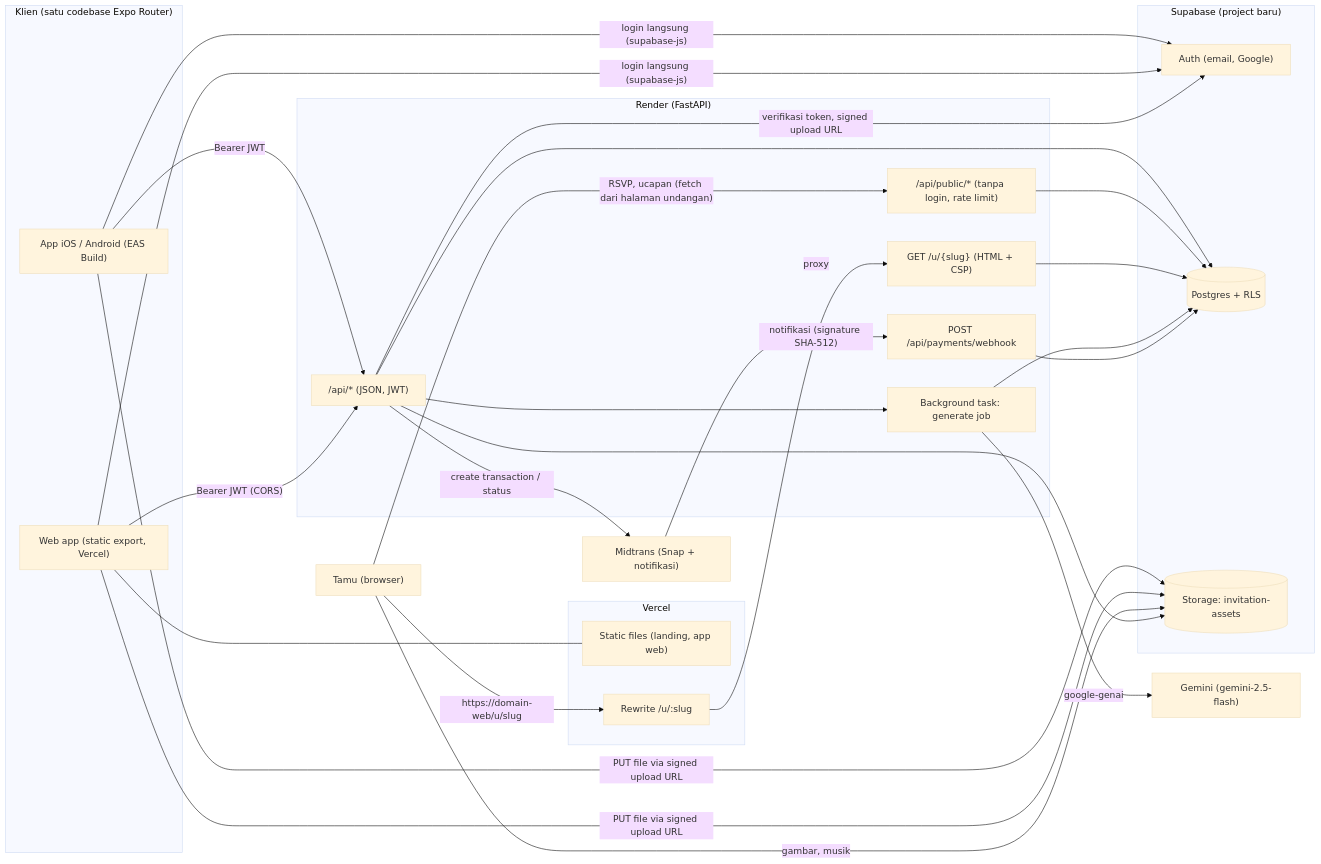
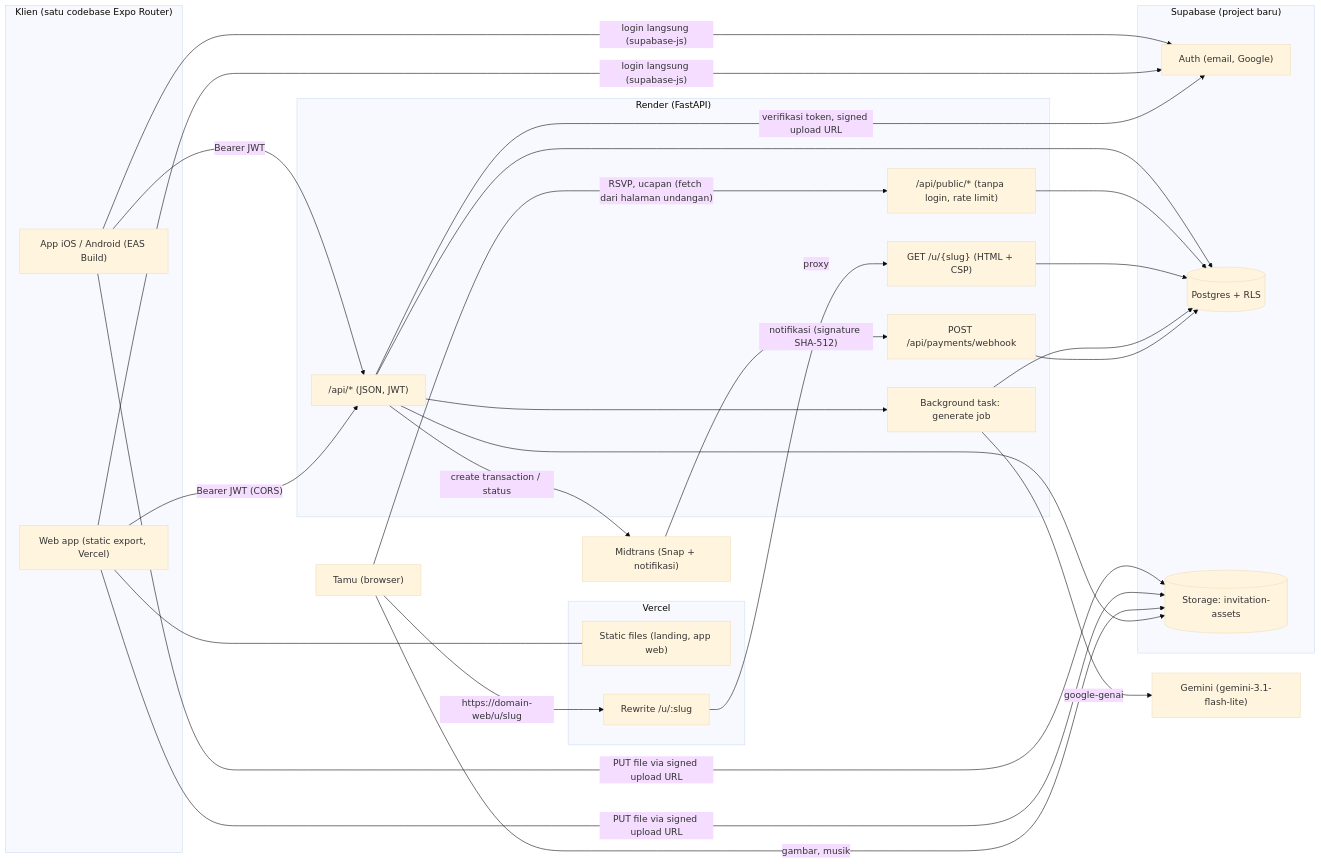
Before and after one commit to adrielwalintukan/cartaAI_MAD: the first of 4 diagrams in docs/04-arsitektur.md, drawn with Mermaid (base theme). The commit also changed other lines of this file and 6 other files, not shown here.

Commit message:
chore: ganti model Gemini default ke gemini-3.1-flash-lite (cadangan gemini-3.5-flash-lite)

````diff
--- a/docs/04-arsitektur.md
+++ b/docs/04-arsitektur.md
@@ -13,55 +13,55 @@
 ```mermaid
 flowchart LR
   subgraph Client["Klien (satu codebase Expo Router)"]
     IOS["App iOS / Android (EAS Build)"]
     WEB["Web app (static export, Vercel)"]
   end
 
   subgraph Vercel["Vercel"]
     STATIC["Static files (landing, app web)"]
     RW["Rewrite /u/:slug"]
   end
 
   subgraph Render["Render (FastAPI)"]
     API["/api/* (JSON, JWT)"]
     PUB["/api/public/* (tanpa login, rate limit)"]
     SERVE["GET /u/{slug} (HTML + CSP)"]
     WH["POST /api/payments/webhook"]
     JOB["Background task: generate job"]
   end
 
   subgraph Supabase["Supabase (project baru)"]
     AUTH["Auth (email, Google)"]
     PG[("Postgres + RLS")]
     STO[("Storage: invitation-assets")]
   end
 
-  GEM["Gemini (gemini-2.5-flash)"]
+  GEM["Gemini (gemini-3.1-flash-lite)"]
   MID["Midtrans (Snap + notifikasi)"]
   GUEST["Tamu (browser)"]
 
   IOS -->|"login langsung (supabase-js)"| AUTH
   WEB -->|"login langsung (supabase-js)"| AUTH
   IOS -->|"Bearer JWT"| API
   WEB -->|"Bearer JWT (CORS)"| API
   IOS -->|"PUT file via signed upload URL"| STO
   WEB -->|"PUT file via signed upload URL"| STO
 
   GUEST -->|"https://domain-web/u/slug"| RW
   RW -->|"proxy"| SERVE
   GUEST -->|"RSVP, ucapan (fetch dari halaman undangan)"| PUB
   GUEST -->|"gambar, musik"| STO
   WEB --- STATIC
 
   API --> PG
   API -->|"verifikasi token, signed upload URL"| AUTH
   API --> STO
   PUB --> PG
   SERVE --> PG
   API --> JOB
   JOB -->|"google-genai"| GEM
   JOB --> PG
   API -->|"create transaction / status"| MID
   MID -->|"notifikasi (signature SHA-512)"| WH
   WH --> PG
 ```
````
